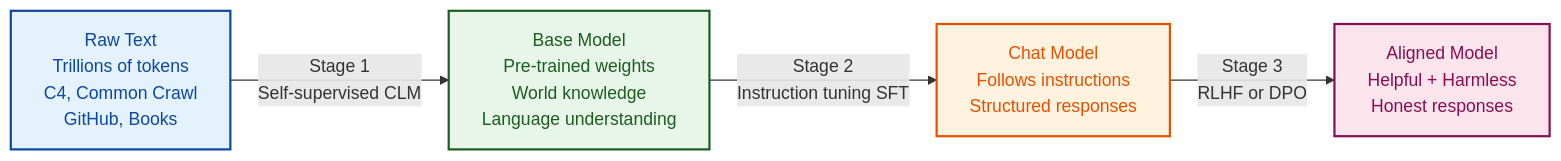
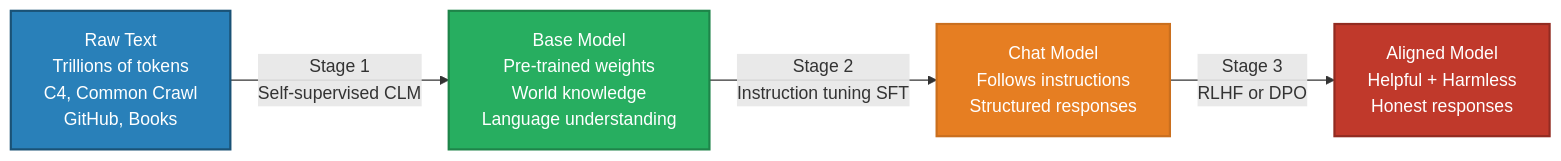
Before and after one commit to GyanendraChaubey/AI-Engineering-Notes: the second of 7 diagrams in docs/01-prompt-engineering/README.md, drawn with Mermaid. The commit also changed other lines of this file and 15 other files, not shown here.

Commit message:
style: replace all Mermaid diagram colors with saturated palette + white text for dark mode compatibility (321 changes across 16 files)

````diff
--- a/docs/01-prompt-engineering/README.md
+++ b/docs/01-prompt-engineering/README.md
@@ -90,10 +90,10 @@
 ```mermaid
 flowchart LR
     A["Raw Text\nTrillions of tokens\nC4, Common Crawl\nGitHub, Books"] -->|"Stage 1\nSelf-supervised CLM"| B["Base Model\nPre-trained weights\nWorld knowledge\nLanguage understanding"]
     B -->|"Stage 2\nInstruction tuning SFT"| C["Chat Model\nFollows instructions\nStructured responses"]
     C -->|"Stage 3\nRLHF or DPO"| D["Aligned Model\nHelpful + Harmless\nHonest responses"]
-    style A fill:#e3f2fd,stroke:#0d47a1,stroke-width:2px,color:#0d47a1
-    style B fill:#e8f5e9,stroke:#1b5e20,stroke-width:2px,color:#1b5e20
-    style C fill:#fff3e0,stroke:#e65100,stroke-width:2px,color:#e65100
-    style D fill:#fce4ec,stroke:#880e4f,stroke-width:2px,color:#880e4f
+    style A fill:#2980B9,stroke:#1A5276,stroke-width:2px,color:#FFFFFF
+    style B fill:#27AE60,stroke:#1E8449,stroke-width:2px,color:#FFFFFF
+    style C fill:#E67E22,stroke:#CA6F1E,stroke-width:2px,color:#FFFFFF
+    style D fill:#C0392B,stroke:#922B21,stroke-width:2px,color:#FFFFFF
 ```
````
